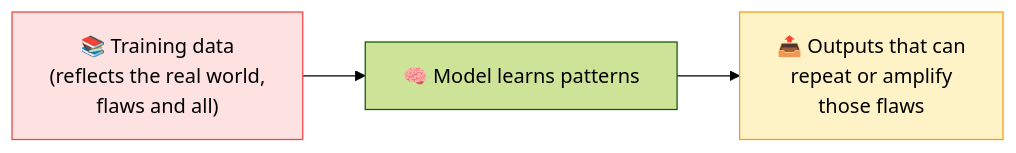
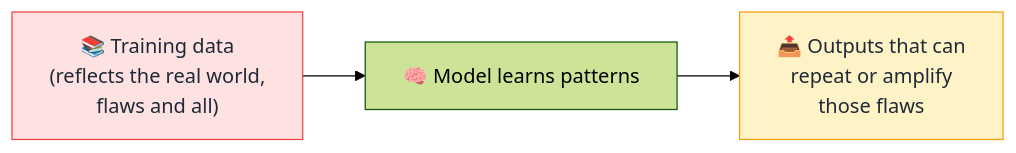
Before and after one commit to behnia137/ai-for-beginners-visual: the diagram in concepts/bias.md, drawn with Mermaid (forest theme). The commit also changed 32 other files, not shown here.

First line of the commit message:
Fix mermaid box text contrast for dark/light mode

````diff
--- a/concepts/bias.md
+++ b/concepts/bias.md
@@ -7,7 +7,7 @@
 ```mermaid
 flowchart LR
     D["📚 Training data<br/>(reflects the real world,<br/>flaws and all)"] --> M[🧠 Model learns patterns]
     M --> O["📤 Outputs that can<br/>repeat or amplify<br/>those flaws"]
-    style D fill:#fee2e2,stroke:#ef4444
-    style O fill:#fef3c7,stroke:#f59e0b
+    style D fill:#fee2e2,stroke:#ef4444,color:#1f2937
+    style O fill:#fef3c7,stroke:#f59e0b,color:#1f2937
 ```
````
